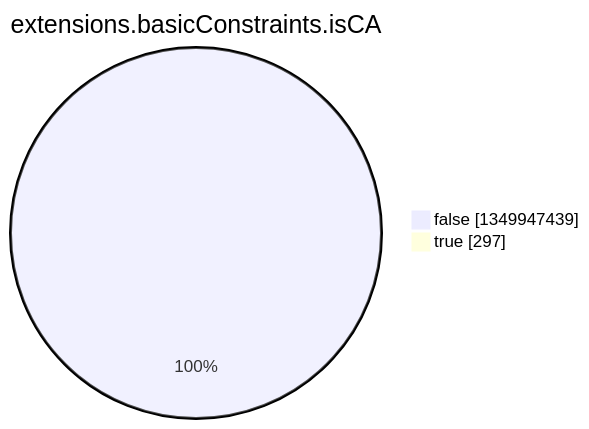
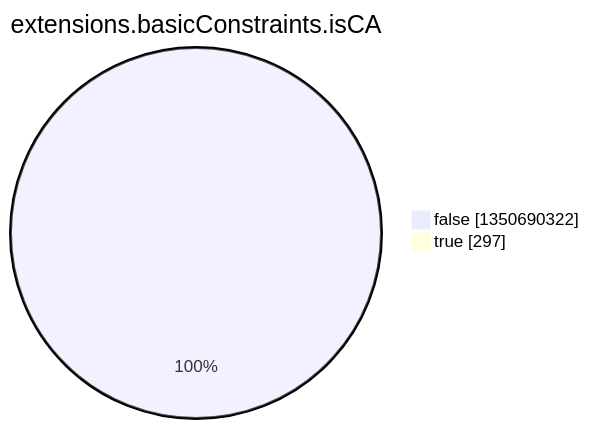
One commit to christiankrug/ctmonitor_visualization changed the eighth of 15 diagrams in argon2022/README.md. Above: the diagram before and after it, drawn with Mermaid. The commit also changed other lines of this file, not shown here.

````diff
--- a/argon2022/README.md
+++ b/argon2022/README.md
@@ -2758,6 +2758,6 @@
 ```mermaid
 pie showData
 title extensions.basicConstraints.isCA
-"false" :1349947439
+"false" :1350690322
 "true" :297
 ```
````
